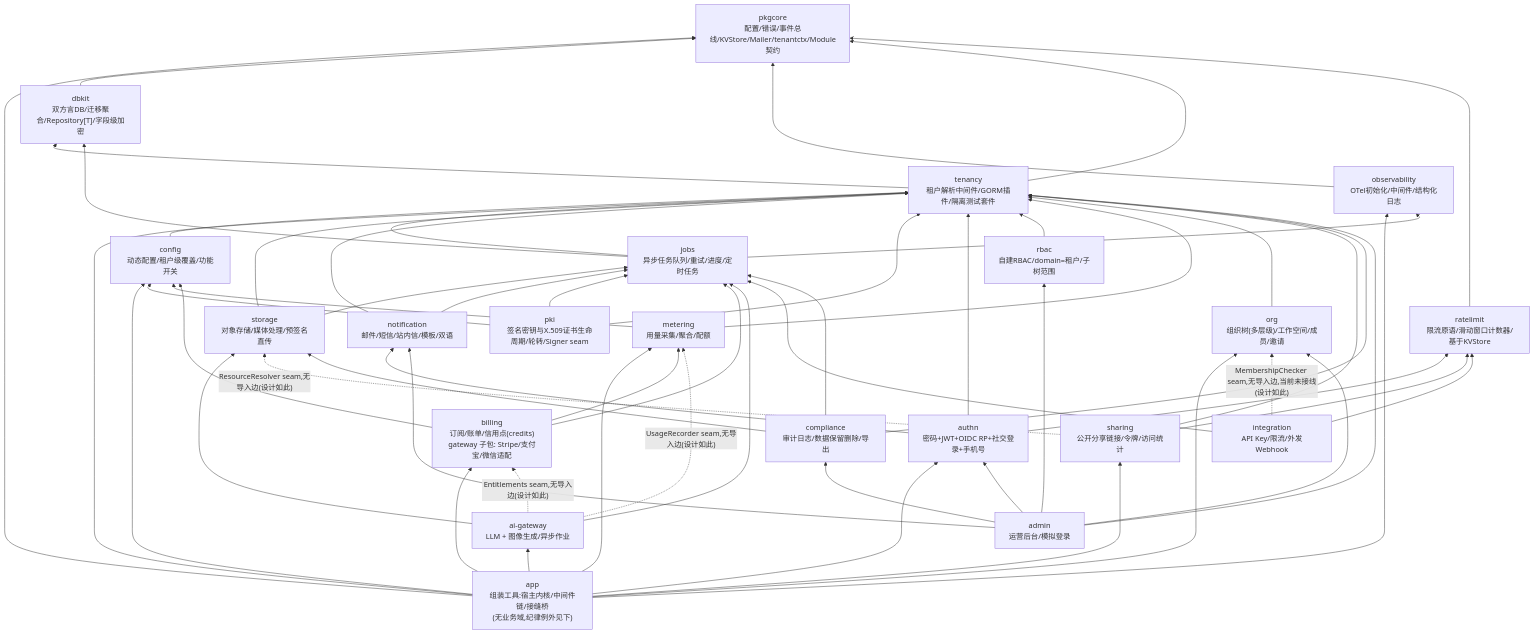
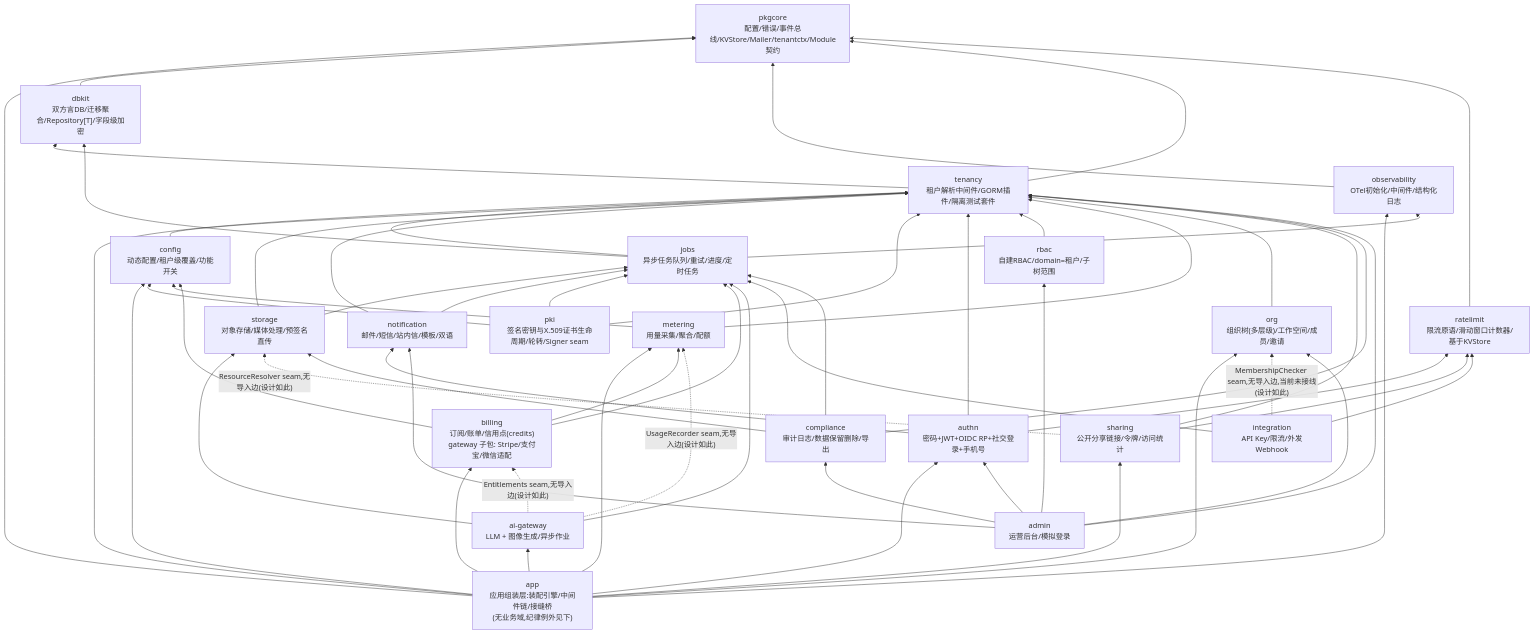
One commit to vislake/speed changed the diagram in docs/internal/01-architecture.md. Above: the diagram before and after it, drawn with Mermaid. The commit also changed other lines of this file and 3 other files, not shown here.

First line of the commit message:
docs(internal): record the application assembly layer's landed charter

````diff
--- a/docs/internal/01-architecture.md
+++ b/docs/internal/01-architecture.md
@@ -10,80 +10,80 @@
 ```mermaid
 graph BT
     pkgcore["pkgcore<br/>配置/错误/事件总线/KVStore/Mailer/tenantctx/Module契约"]
     dbkit["dbkit<br/>双方言DB/迁移聚合/Repository[T]/字段级加密"]
     obs["observability<br/>OTel初始化/中间件/结构化日志"]
     tenancy["tenancy<br/>租户解析中间件/GORM插件/隔离测试套件"]
     ratelimit["ratelimit<br/>限流原语/滑动窗口计数器/基于KVStore"]
     cfg["config<br/>动态配置/租户级覆盖/功能开关"]
     jobs["jobs<br/>异步任务队列/重试/进度/定时任务"]
     storage["storage<br/>对象存储/媒体处理/预签名直传"]
     notify["notification<br/>邮件/短信/站内信/模板/双语"]
     pki["pki<br/>签名密钥与X.509证书生命周期/轮转/Signer seam"]
     authn["authn<br/>密码+JWT+OIDC RP+社交登录+手机号"]
     rbac["rbac<br/>自建RBAC/domain=租户/子树范围"]
     metering["metering<br/>用量采集/聚合/配额"]
     org["org<br/>组织树(多层级)/工作空间/成员/邀请"]
     billing["billing<br/>订阅/账单/信用点(credits)<br/>gateway 子包: Stripe/支付宝/微信适配"]
     ai["ai-gateway<br/>LLM + 图像生成/异步作业"]
     sharing["sharing<br/>公开分享链接/令牌/访问统计"]
     integ["integration<br/>API Key/限流/外发Webhook"]
     comp["compliance<br/>审计日志/数据保留删除/导出"]
     admin["admin<br/>运营后台/模拟登录"]
-    app["app<br/>组装工具:宿主内核/中间件链/接缝桥<br/>(无业务域,纪律例外见下)"]
+    app["app<br/>应用组装层:装配引擎/中间件链/接缝桥<br/>(无业务域,纪律例外见下)"]
 
     app --> pkgcore
     app --> obs
     app --> tenancy
     app --> cfg
     app --> authn
     app --> org
     app --> metering
     app --> billing
     app --> sharing
     app --> ai
     dbkit --> pkgcore
     obs --> pkgcore
     tenancy --> pkgcore
     tenancy --> dbkit
     ratelimit --> pkgcore
     cfg --> tenancy
     jobs --> tenancy
     jobs --> obs
     jobs --> dbkit
     storage --> tenancy
     storage --> jobs
     notify --> tenancy
     notify --> jobs
     pki --> tenancy
     pki --> jobs
     pki --> cfg
     authn --> tenancy
     authn --> notify
     authn --> ratelimit
     rbac --> tenancy
     metering --> tenancy
     metering --> cfg
     org --> tenancy
     billing --> metering
     billing --> cfg
     billing --> jobs
     ai --> jobs
     ai --> storage
     ai -.->|"Entitlements seam,无导入边(设计如此)"| billing
     ai -.->|"UsageRecorder seam,无导入边(设计如此)"| metering
     sharing --> tenancy
     sharing --> ratelimit
     sharing -.->|"ResourceResolver seam,无导入边(设计如此)"| storage
     integ --> jobs
     integ --> ratelimit
     integ -.->|"MembershipChecker seam,无导入边,当前未接线(设计如此)"| org
     comp --> tenancy
     comp --> jobs
     comp --> storage
     admin --> rbac
     admin --> authn
     admin --> tenancy
     admin --> org
     admin --> notify
     admin --> comp
 ```
````
